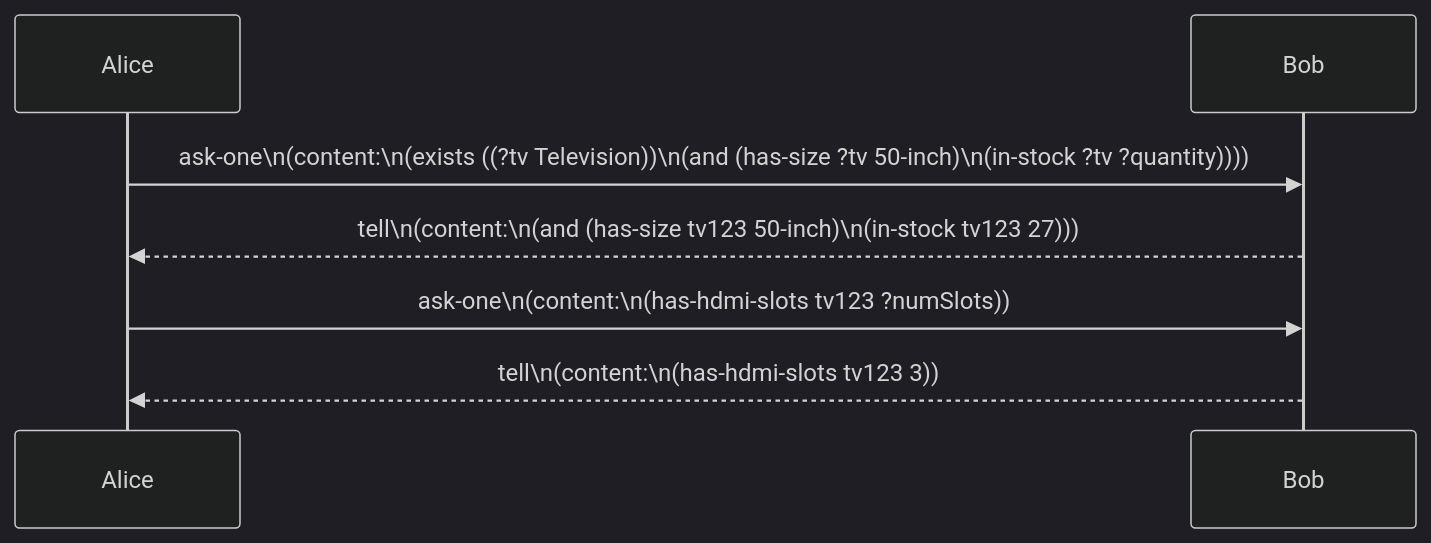
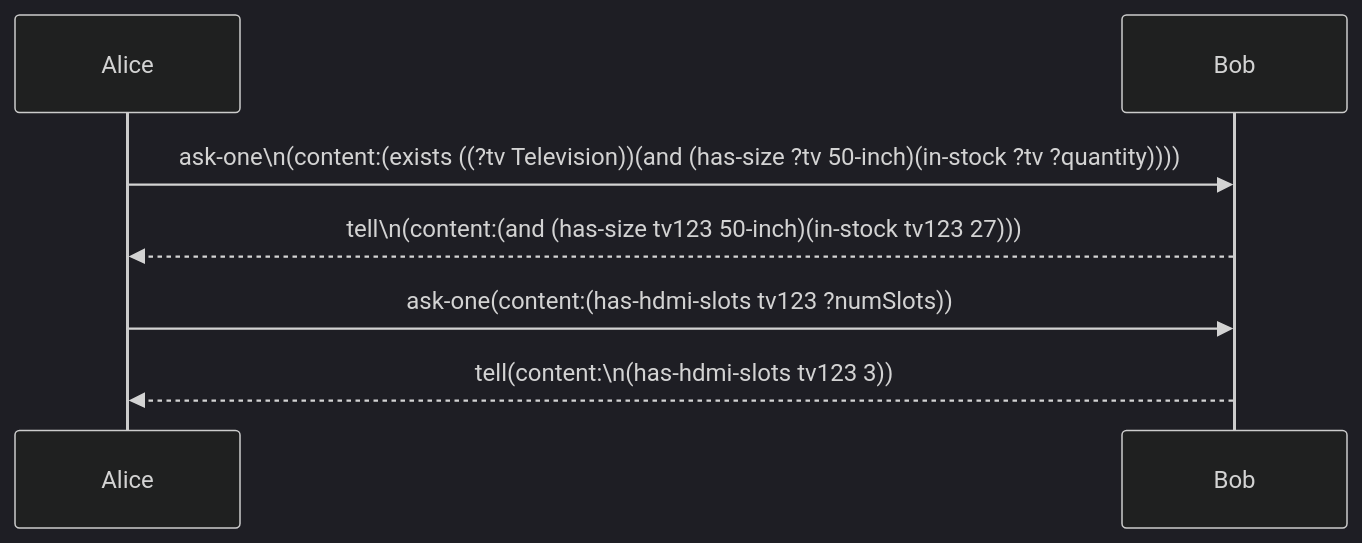
Before and after one commit to jaco-uoeo/jaco-uoeo.github.io: the diagram in intelligent_agents/unit06/creating_agent_dialogues.md, drawn with Mermaid (dark theme). The commit also changed 5 other files, not shown here.

Commit message:
Mermaid to PNG

````diff
--- a/intelligent_agents/unit06/creating_agent_dialogues.md
+++ b/intelligent_agents/unit06/creating_agent_dialogues.md
@@ -85,11 +85,11 @@
 ```mermaid
 sequenceDiagram
     participant Alice
     participant Bob
 
-    Alice->>Bob: ask-one\n(content:\n(exists ((?tv Television))\n(and (has-size ?tv 50-inch)\n(in-stock ?tv ?quantity))))
-    Bob-->>Alice: tell\n(content:\n(and (has-size tv123 50-inch)\n(in-stock tv123 27)))
+    Alice->>Bob: ask-one\n(content:(exists ((?tv Television))(and (has-size ?tv 50-inch)(in-stock ?tv ?quantity))))
+    Bob-->>Alice: tell\n(content:(and (has-size tv123 50-inch)(in-stock tv123 27)))
 
-    Alice->>Bob: ask-one\n(content:\n(has-hdmi-slots tv123 ?numSlots))
-    Bob-->>Alice: tell\n(content:\n(has-hdmi-slots tv123 3))
+    Alice->>Bob: ask-one(content:(has-hdmi-slots tv123 ?numSlots))
+    Bob-->>Alice: tell(content:\n(has-hdmi-slots tv123 3))
 ```
````
